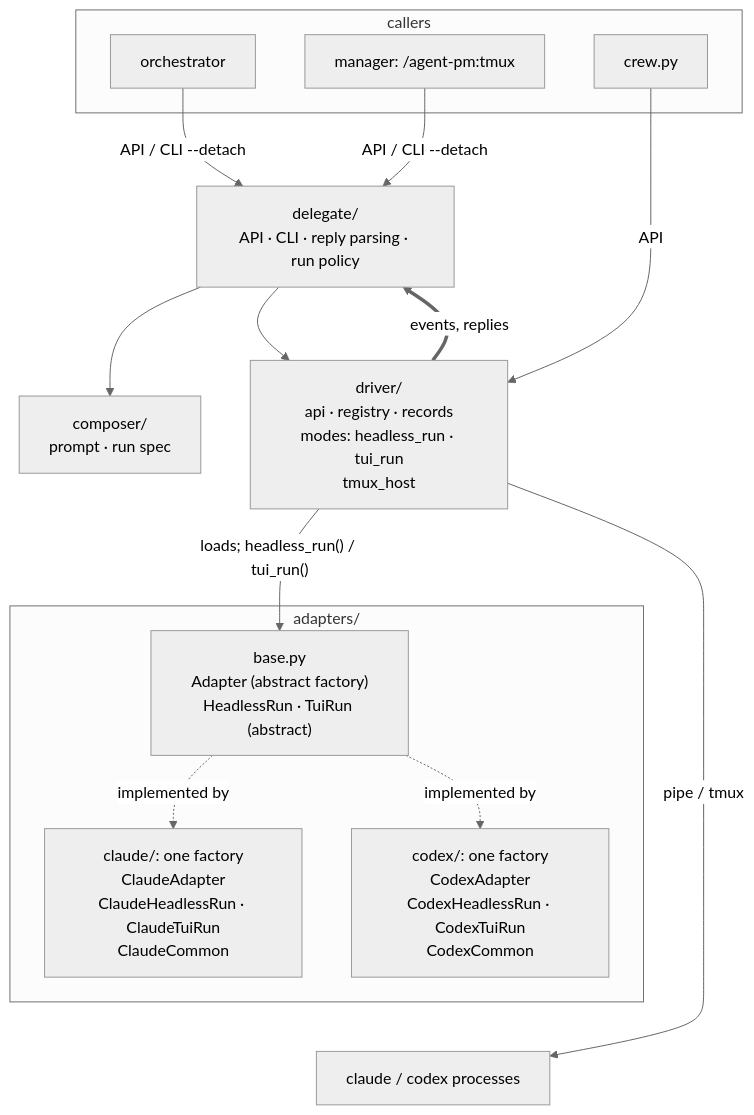
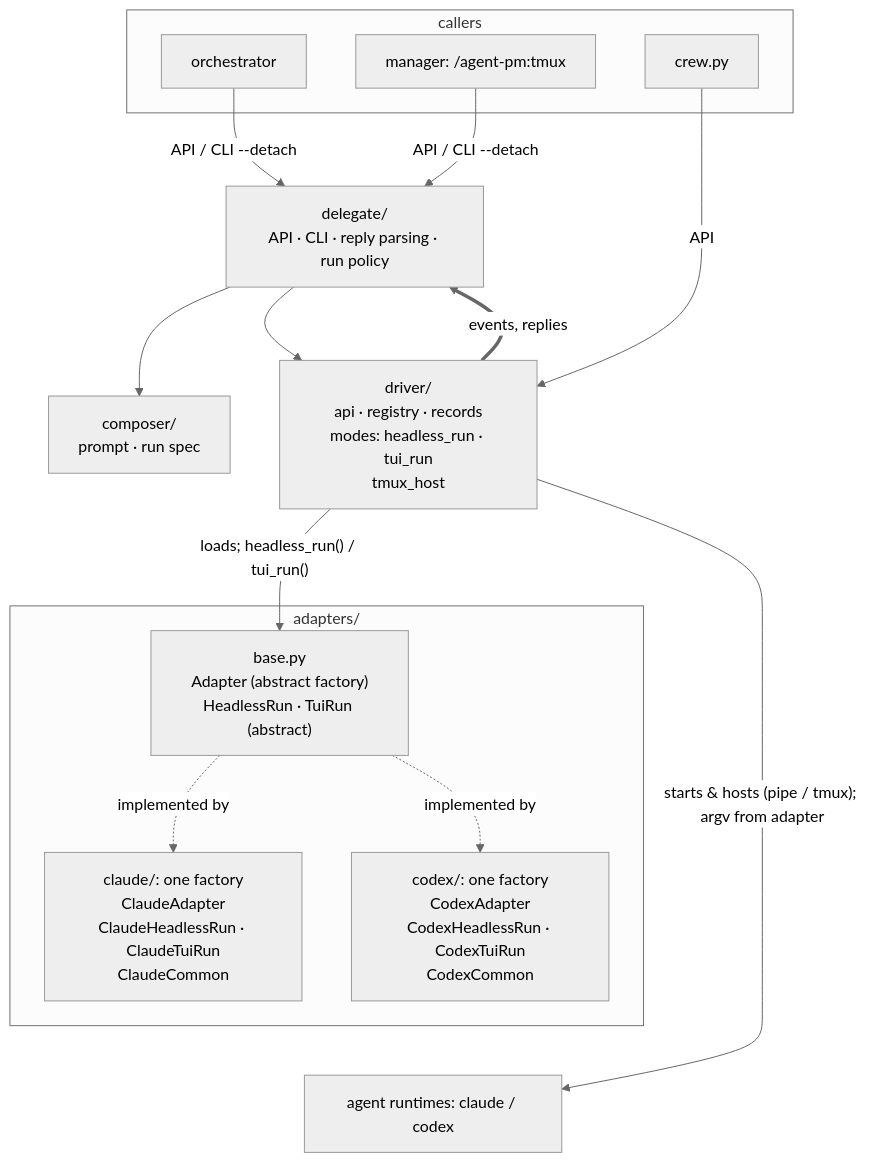
Before and after one commit to ophis/agent-pm: the second of 4 diagrams in README.md, drawn with Mermaid (neutral theme). The commit also changed other lines of this file, not shown here.

Commit message:
README: core diagram names the agent runtimes
Claude-Session: https://claude.ai/code/session_01DWNTKp8E4ZkndBswMuqLEu

````diff
--- a/README.md
+++ b/README.md
@@ -20,25 +20,25 @@
 ```mermaid
 flowchart TB
   subgraph L1[callers]
     O[orchestrator]
     M["manager: /agent-pm:tmux"]
     W[crew.py]
   end
   D["delegate/<br>API · CLI · reply parsing · run policy"]
   C["composer/<br>prompt · run spec"]
   DR["driver/<br>api · registry · records<br>modes: headless_run · tui_run<br>tmux_host"]
   subgraph AD[adapters/]
     B["base.py<br>Adapter (abstract factory)<br>HeadlessRun · TuiRun (abstract)"]
     CL["claude/: one factory<br>ClaudeAdapter<br>ClaudeHeadlessRun · ClaudeTuiRun<br>ClaudeCommon"]
     CX["codex/: one factory<br>CodexAdapter<br>CodexHeadlessRun · CodexTuiRun<br>CodexCommon"]
   end
-  P["claude / codex processes"]
+  P["agent runtimes: claude / codex"]
   O & M -->|"API / CLI --detach"| D
   W -->|API| DR
   D --> C & DR
   DR -->|"loads; headless_run() / tui_run()"| B
   B -.->|implemented by| CL & CX
-  DR -->|"pipe / tmux"| P
+  DR -->|"starts & hosts (pipe / tmux); argv from adapter"| P
   DR ==>|events, replies| D
   CL & CX ~~~ P
 ```
````
